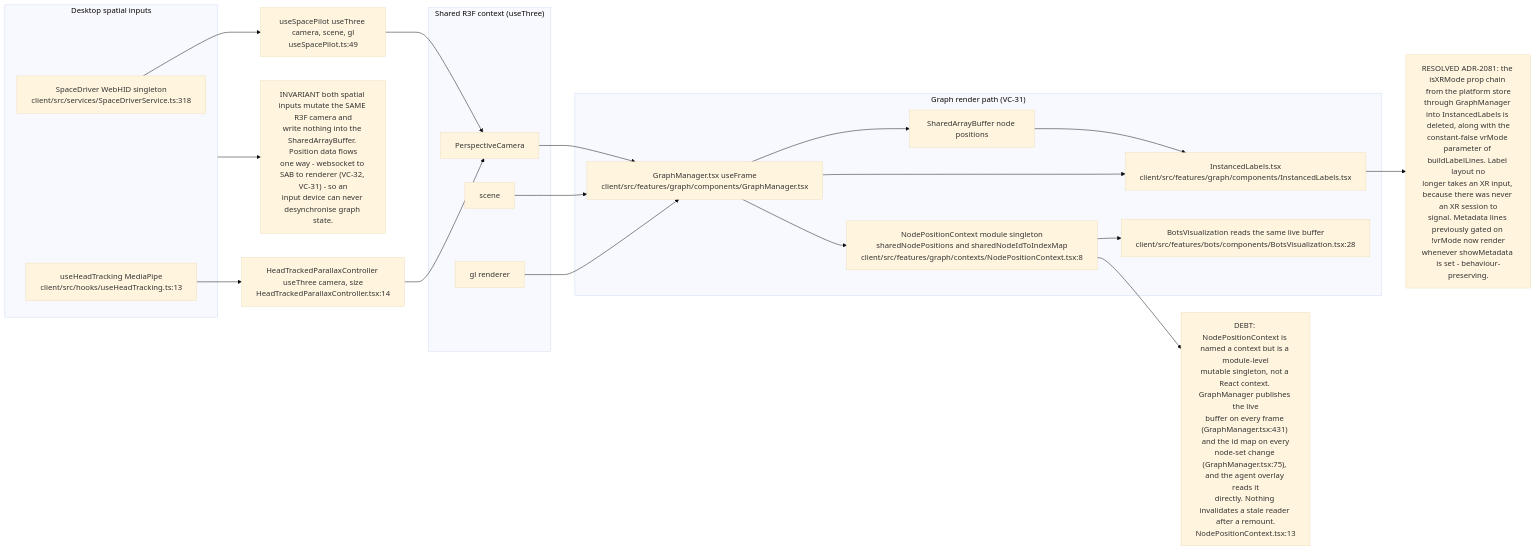
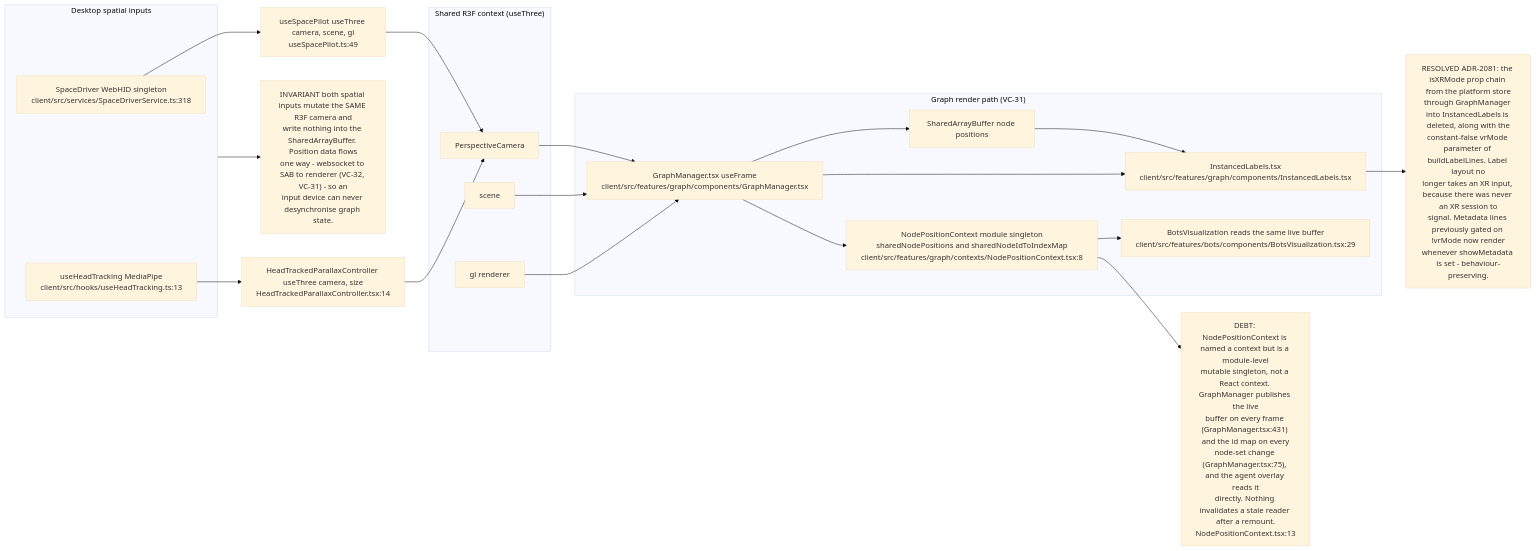
The seventh of 10 diagrams in docs/diagrams/visionclaw/37-browser-xr-and-desktop-input.md (DreamLab-AI/VisionFlow), drawn with Mermaid (base theme) before and after one commit. The commit also changed other lines of this file and 111 other files, not shown here.

Commit message:
docs(diagrams): align estate maps with current source

````diff
--- a/docs/diagrams/visionclaw/37-browser-xr-and-desktop-input.md
+++ b/docs/diagrams/visionclaw/37-browser-xr-and-desktop-input.md
@@ -294,35 +294,35 @@
 ```mermaid
 flowchart LR
     subgraph inputs["Desktop spatial inputs"]
         SP["SpaceDriver WebHID singleton<br/>client/src/services/SpaceDriverService.ts:318"]
         HT["useHeadTracking MediaPipe<br/>client/src/hooks/useHeadTracking.ts:13"]
     end
     subgraph r3f["Shared R3F context (useThree)"]
         CAM["PerspectiveCamera"]
         SCN["scene"]
         GL["gl renderer"]
     end
     subgraph graph["Graph render path (VC-31)"]
         GMx["GraphManager.tsx useFrame<br/>client/src/features/graph/components/GraphManager.tsx"]
         SAB["SharedArrayBuffer node positions"]
         ILx["InstancedLabels.tsx<br/>client/src/features/graph/components/InstancedLabels.tsx"]
         NPC["NodePositionContext module singleton<br/>sharedNodePositions and sharedNodeIdToIndexMap<br/>client/src/features/graph/contexts/NodePositionContext.tsx:8"]
-        BVx["BotsVisualization reads the same live buffer<br/>client/src/features/bots/components/BotsVisualization.tsx:28"]
+        BVx["BotsVisualization reads the same live buffer<br/>client/src/features/bots/components/BotsVisualization.tsx:29"]
     end
     SP --> HKx["useSpacePilot useThree camera, scene, gl<br/>useSpacePilot.ts:49"] --> CAM
     HT --> HPCx["HeadTrackedParallaxController useThree camera, size<br/>HeadTrackedParallaxController.tsx:14"] --> CAM
     CAM --> GMx
     SCN --> GMx
     GL --> GMx
     GMx --> SAB
     SAB --> ILx
     GMx --> ILx
     GMx --> NPC
     NPC --> BVx
     ILx --> NOTE1
     NOTE1["RESOLVED ADR-2081: the isXRMode prop chain from the platform store<br/>through GraphManager into InstancedLabels is deleted, along with the<br/>constant-false vrMode parameter of buildLabelLines. Label layout no<br/>longer takes an XR input, because there was never an XR session to<br/>signal. Metadata lines previously gated on !vrMode now render<br/>whenever showMetadata is set - behaviour-preserving."]
     inputs --> NOTE2
     NOTE2["INVARIANT both spatial inputs mutate the SAME R3F camera and<br/>write nothing into the SharedArrayBuffer. Position data flows<br/>one way - websocket to SAB to renderer (VC-32, VC-31) - so an<br/>input device can never desynchronise graph state."]
     NPC --> NOTE3
     NOTE3["DEBT: NodePositionContext is named a context but is a module-level<br/>mutable singleton, not a React context. GraphManager publishes the live<br/>buffer on every frame (GraphManager.tsx:431) and the id map on every<br/>node-set change (GraphManager.tsx:75), and the agent overlay reads it<br/>directly. Nothing invalidates a stale reader after a remount.<br/>NodePositionContext.tsx:13"]
 ```
````
